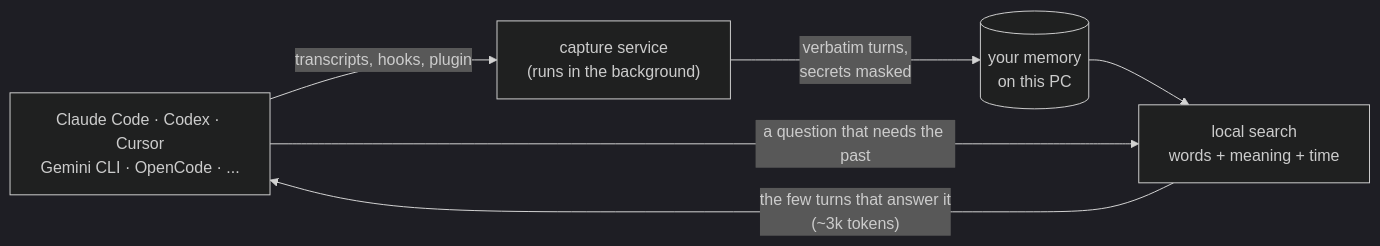
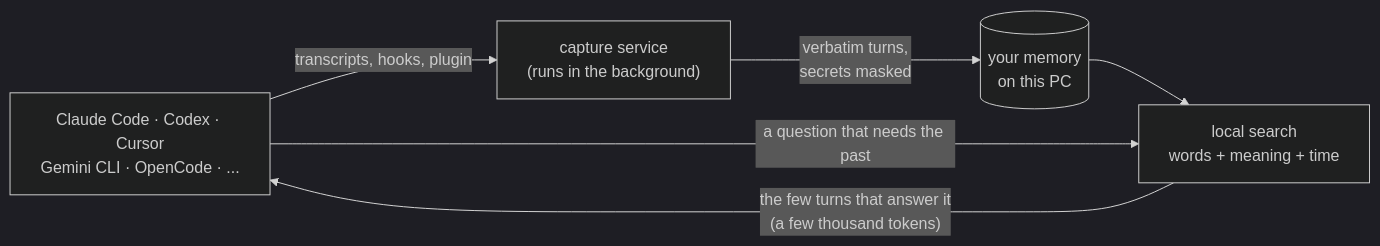
Before and after one commit to goyohan0611-png/graph-mind: the diagram in README.md, drawn with Mermaid (dark theme). The commit also changed other lines of this file and 34 other files, not shown here.

````diff
--- a/README.md
+++ b/README.md
@@ -128,8 +128,8 @@
 ```mermaid
 flowchart LR
     A["Claude Code · Codex · Cursor<br/>Gemini CLI · OpenCode · ..."] -- "transcripts, hooks, plugin" --> C["capture service<br/>(runs in the background)"]
     C -- "verbatim turns,<br/>secrets masked" --> S[("your memory<br/>on this PC")]
     S --> I["local search<br/>words + meaning + time"]
     A -- "a question that needs the past" --> I
-    I -- "the few turns that answer it<br/>(~3k tokens)" --> A
+    I -- "the few turns that answer it<br/>(a few thousand tokens)" --> A
 ```
````
